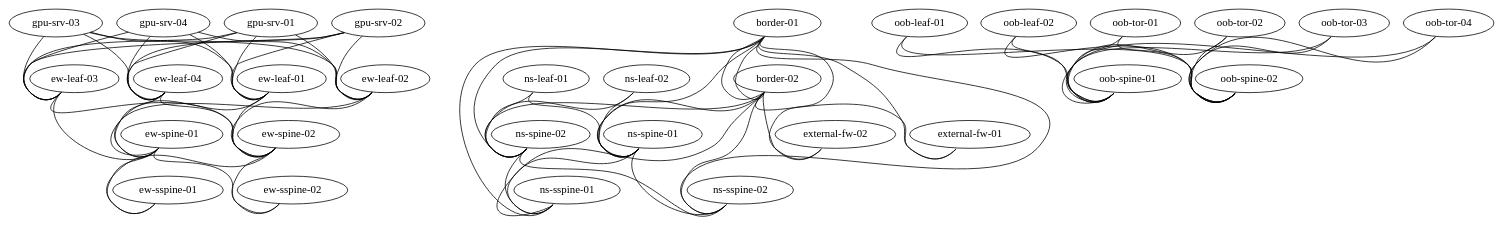
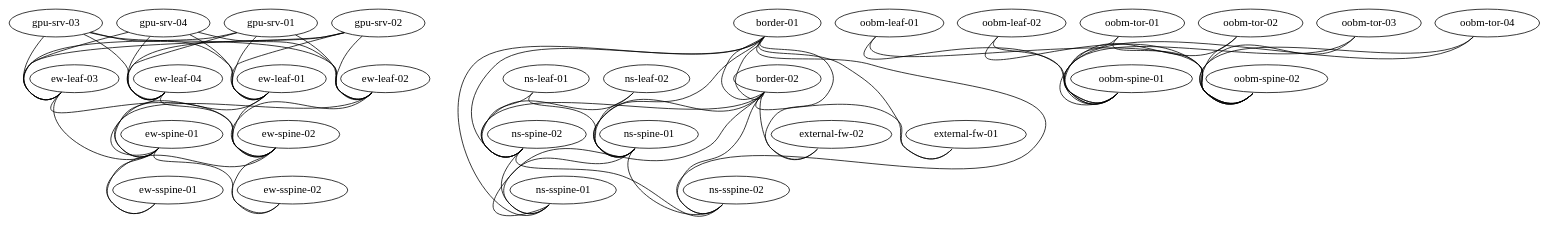
Before and after one commit to aliaydemir/lldpq-src-edt: the diagram in lldpq/topology.dot, drawn with Graphviz. The commit also changed 1 other file, not shown here.

```diff
--- a/lldpq/topology.dot
+++ b/lldpq/topology.dot
@@ -1,112 +1,113 @@
 /*
  * Copyright (c) 2024 LLDPq Project
  * Licensed under MIT License - see LICENSE file for details
  *
  * =============================================================================
  * TOPOLOGY.DOT - LLDPq Expected Network Topology Definition
  * =============================================================================
  *
  * PURPOSE:
  *   This file defines the expected/designed network topology connections.
  *   Used by generate_topology.py and generate_topology_full.py to validate
  *   actual LLDP-discovered connections against the intended network design.
  *
  * FORMAT:
  *   GraphViz DOT format - defines network connections as graph edges
  *   "DeviceA":"InterfaceX" -- "DeviceB":"InterfaceY"
  *
  * SYNTAX:
  *   graph "NETWORK_NAME" {
  *     "Hostname1":"Interface1" -- "Hostname2":"Interface2"
  *     "Leaf01":"swp49" -- "Spine01":"swp1"
  *   }
  *
  * VALIDATION LOGIC:
  *   - LLDP matches DOT: connection is correct
  *   - LLDP missing from DOT: unexpected connection found
  *   - DOT missing from LLDP: expected connection not found (missing cable)
  *
  * MAINTENANCE:
  *   - Add new connections when cables are installed
  *   - Remove connections when cables are removed
  *   - Update when devices/interfaces are renamed
  *   - Keep synchronized with physical network changes
  *
  * NOTE:
  *   Hostnames must match those in devices.yaml and assets.ini for proper
  *   correlation. Interface names must match actual device interface naming.
  *
  *   A link is only checked when both of its endpoints are known devices, so
  *   ports facing equipment outside the fabric are best left out entirely.
  *   Devices that are not monitored but should still be validated belong in
  *   endpoint_hosts in devices.yaml.
  *
  * =============================================================================
  */
 
 graph "cl-auto-17" {
 
-"ew-leaf-01":"swp1" -- "ew-spine-01":"swp1"
-"ew-leaf-01":"swp2" -- "ew-spine-02":"swp1"
-"ew-leaf-02":"swp1" -- "ew-spine-01":"swp2"
-"ew-leaf-02":"swp2" -- "ew-spine-02":"swp2"
-"ew-leaf-03":"swp1" -- "ew-spine-01":"swp5"
-"ew-leaf-03":"swp2" -- "ew-spine-02":"swp5"
-"ew-leaf-04":"swp1" -- "ew-spine-01":"swp6"
-"ew-leaf-04":"swp2" -- "ew-spine-02":"swp6"
-"ew-spine-01":"swp3" -- "ew-sspine-01":"swp1"
-"ew-spine-01":"swp4" -- "ew-sspine-02":"swp1"
-"ew-spine-02":"swp3" -- "ew-sspine-01":"swp2"
-"ew-spine-02":"swp4" -- "ew-sspine-02":"swp2"
-"gpu-srv-01":"eth1" -- "ew-leaf-01":"swp10"
-"gpu-srv-01":"eth2" -- "ew-leaf-02":"swp10"
-"gpu-srv-01":"eth3" -- "ew-leaf-03":"swp10"
-"gpu-srv-01":"eth4" -- "ew-leaf-04":"swp10"
-"gpu-srv-02":"eth1" -- "ew-leaf-01":"swp11"
-"gpu-srv-02":"eth2" -- "ew-leaf-02":"swp11"
-"gpu-srv-02":"eth3" -- "ew-leaf-03":"swp11"
-"gpu-srv-02":"eth4" -- "ew-leaf-04":"swp11"
-"gpu-srv-03":"eth1" -- "ew-leaf-01":"swp12"
-"gpu-srv-03":"eth2" -- "ew-leaf-02":"swp12"
-"gpu-srv-03":"eth3" -- "ew-leaf-03":"swp12"
-"gpu-srv-03":"eth4" -- "ew-leaf-04":"swp12"
-"gpu-srv-04":"eth1" -- "ew-leaf-01":"swp13"
-"gpu-srv-04":"eth2" -- "ew-leaf-02":"swp13"
-"gpu-srv-04":"eth3" -- "ew-leaf-03":"swp13"
-"gpu-srv-04":"eth4" -- "ew-leaf-04":"swp13"
-"ns-leaf-01":"swp41s0" -- "ns-spine-01":"swp1s0"
-"ns-leaf-01":"swp42s0" -- "ns-spine-02":"swp1s0"
-"ns-leaf-02":"swp41s0" -- "ns-spine-01":"swp1s1"
-"ns-leaf-02":"swp42s0" -- "ns-spine-02":"swp1s1"
-"border-01":"swp1" -- "ns-spine-01":"swp2s0"
-"border-01":"swp2" -- "ns-spine-02":"swp2s0"
-"border-02":"swp1" -- "ns-spine-01":"swp2s1"
-"border-02":"swp2" -- "ns-spine-02":"swp2s1"
-"ns-spine-01":"swp3s0" -- "ns-sspine-01":"swp1s0"
-"ns-spine-01":"swp3s1" -- "ns-sspine-02":"swp1s0"
-"ns-spine-02":"swp3s0" -- "ns-sspine-01":"swp1s1"
-"ns-spine-02":"swp3s1" -- "ns-sspine-02":"swp1s1"
-"border-01":"swp5" -- "ns-sspine-01":"swp2s0"
-"border-01":"swp6" -- "ns-sspine-02":"swp2s0"
-"border-02":"swp5" -- "ns-sspine-01":"swp2s1"
-"border-02":"swp6" -- "ns-sspine-02":"swp2s1"
-"border-01":"swp31" -- "border-02":"swp31"
-"border-01":"swp32" -- "border-02":"swp32"
-"border-01":"swp10" -- "external-fw-01":"swp1"
-"border-02":"swp10" -- "external-fw-01":"swp2"
-"border-01":"swp11" -- "external-fw-02":"swp1"
-"border-02":"swp11" -- "external-fw-02":"swp2"
-"oob-leaf-01":"swp49" -- "oob-spine-01":"swp1s0"
-"oob-leaf-01":"swp51" -- "oob-spine-02":"swp1s0"
-"oob-leaf-02":"swp49" -- "oob-spine-01":"swp1s1"
-"oob-leaf-02":"swp51" -- "oob-spine-02":"swp1s1"
-"oob-tor-01":"swp49" -- "oob-spine-01":"swp2s0"
-"oob-tor-01":"swp51" -- "oob-spine-02":"swp2s0"
-"oob-tor-02":"swp49" -- "oob-spine-01":"swp2s1"
-"oob-tor-02":"swp51" -- "oob-spine-02":"swp2s1"
-"oob-tor-03":"swp49" -- "oob-spine-01":"swp3s0"
-"oob-tor-03":"swp51" -- "oob-spine-02":"swp3s0"
-"oob-tor-04":"swp49" -- "oob-spine-01":"swp3s1"
-"oob-tor-04":"swp51" -- "oob-spine-02":"swp3s1"
+# ---- fabric cabling ----
+"ew-leaf-01":"swp1"  --  "ew-spine-01":"swp1"
+"ew-leaf-01":"swp2"  --  "ew-spine-02":"swp1"
+"ew-leaf-02":"swp1"  --  "ew-spine-01":"swp2"
+"ew-leaf-02":"swp2"  --  "ew-spine-02":"swp2"
+"ew-leaf-03":"swp1"  --  "ew-spine-01":"swp5"
+"ew-leaf-03":"swp2"  --  "ew-spine-02":"swp5"
+"ew-leaf-04":"swp1"  --  "ew-spine-01":"swp6"
+"ew-leaf-04":"swp2"  --  "ew-spine-02":"swp6"
+"ew-spine-01":"swp3"  --  "ew-sspine-01":"swp1"
+"ew-spine-01":"swp4"  --  "ew-sspine-02":"swp1"
+"ew-spine-02":"swp3"  --  "ew-sspine-01":"swp2"
+"ew-spine-02":"swp4"  --  "ew-sspine-02":"swp2"
+"gpu-srv-01":"eth1"  --  "ew-leaf-01":"swp10"
+"gpu-srv-01":"eth2"  --  "ew-leaf-02":"swp10"
+"gpu-srv-01":"eth3"  --  "ew-leaf-03":"swp10"
+"gpu-srv-01":"eth4"  --  "ew-leaf-04":"swp10"
+"gpu-srv-02":"eth1"  --  "ew-leaf-01":"swp11"
+"gpu-srv-02":"eth2"  --  "ew-leaf-02":"swp11"
+"gpu-srv-02":"eth3"  --  "ew-leaf-03":"swp11"
+"gpu-srv-02":"eth4"  --  "ew-leaf-04":"swp11"
+"gpu-srv-03":"eth1"  --  "ew-leaf-01":"swp12"
+"gpu-srv-03":"eth2"  --  "ew-leaf-02":"swp12"
+"gpu-srv-03":"eth3"  --  "ew-leaf-03":"swp12"
+"gpu-srv-03":"eth4"  --  "ew-leaf-04":"swp12"
+"gpu-srv-04":"eth1"  --  "ew-leaf-01":"swp13"
+"gpu-srv-04":"eth2"  --  "ew-leaf-02":"swp13"
+"gpu-srv-04":"eth3"  --  "ew-leaf-03":"swp13"
+"gpu-srv-04":"eth4"  --  "ew-leaf-04":"swp13"
+"ns-leaf-01":"swp41s0"  --  "ns-spine-01":"swp1s0"
+"ns-leaf-01":"swp42s0"  --  "ns-spine-02":"swp1s0"
+"ns-leaf-02":"swp41s0"  --  "ns-spine-01":"swp1s1"
+"ns-leaf-02":"swp42s0"  --  "ns-spine-02":"swp1s1"
+"border-01":"swp1"  --  "ns-spine-01":"swp2s0"
+"border-01":"swp2"  --  "ns-spine-02":"swp2s0"
+"border-02":"swp1"  --  "ns-spine-01":"swp2s1"
+"border-02":"swp2"  --  "ns-spine-02":"swp2s1"
+"ns-spine-01":"swp3s0"  --  "ns-sspine-01":"swp1s0"
+"ns-spine-01":"swp3s1"  --  "ns-sspine-02":"swp1s0"
+"ns-spine-02":"swp3s0"  --  "ns-sspine-01":"swp1s1"
+"ns-spine-02":"swp3s1"  --  "ns-sspine-02":"swp1s1"
+"border-01":"swp5"  --  "ns-sspine-01":"swp2s0"
+"border-01":"swp6"  --  "ns-sspine-02":"swp2s0"
+"border-02":"swp5"  --  "ns-sspine-01":"swp2s1"
+"border-02":"swp6"  --  "ns-sspine-02":"swp2s1"
+"border-01":"swp31"  --  "border-02":"swp31"
+"border-01":"swp32"  --  "border-02":"swp32"
+"border-01":"swp10"  --  "external-fw-01":"swp1"
+"border-02":"swp10"  --  "external-fw-01":"swp2"
+"border-01":"swp11"  --  "external-fw-02":"swp1"
+"border-02":"swp11"  --  "external-fw-02":"swp2"
+"oobm-leaf-01":"swp49"  --  "oobm-spine-01":"swp1s0"
+"oobm-leaf-01":"swp51"  --  "oobm-spine-02":"swp1s0"
+"oobm-leaf-02":"swp49"  --  "oobm-spine-01":"swp1s1"
+"oobm-leaf-02":"swp51"  --  "oobm-spine-02":"swp1s1"
+"oobm-tor-01":"swp49"  --  "oobm-spine-01":"swp2s0"
+"oobm-tor-01":"swp51"  --  "oobm-spine-02":"swp2s0"
+"oobm-tor-02":"swp49"  --  "oobm-spine-01":"swp2s1"
+"oobm-tor-02":"swp51"  --  "oobm-spine-02":"swp2s1"
+"oobm-tor-03":"swp49"  --  "oobm-spine-01":"swp3s0"
+"oobm-tor-03":"swp51"  --  "oobm-spine-02":"swp3s0"
+"oobm-tor-04":"swp49"  --  "oobm-spine-01":"swp3s1"
+"oobm-tor-04":"swp51"  --  "oobm-spine-02":"swp3s1"
 
 }
```
